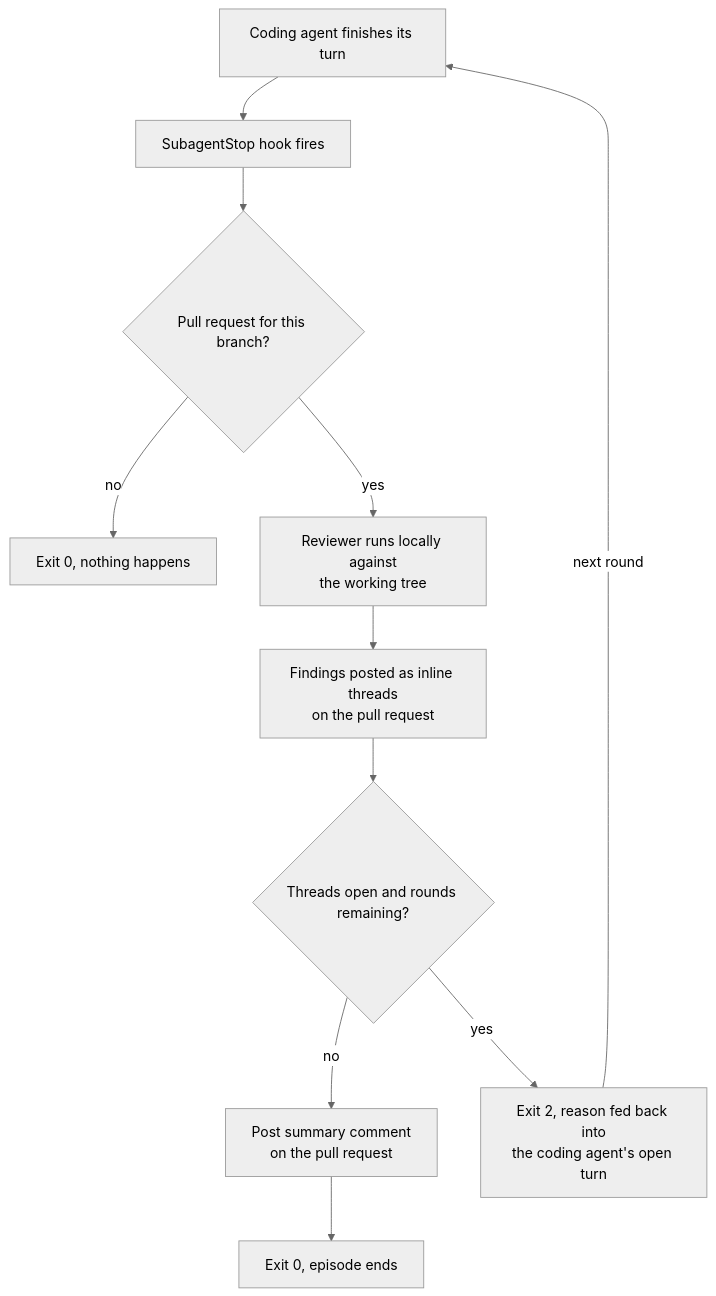
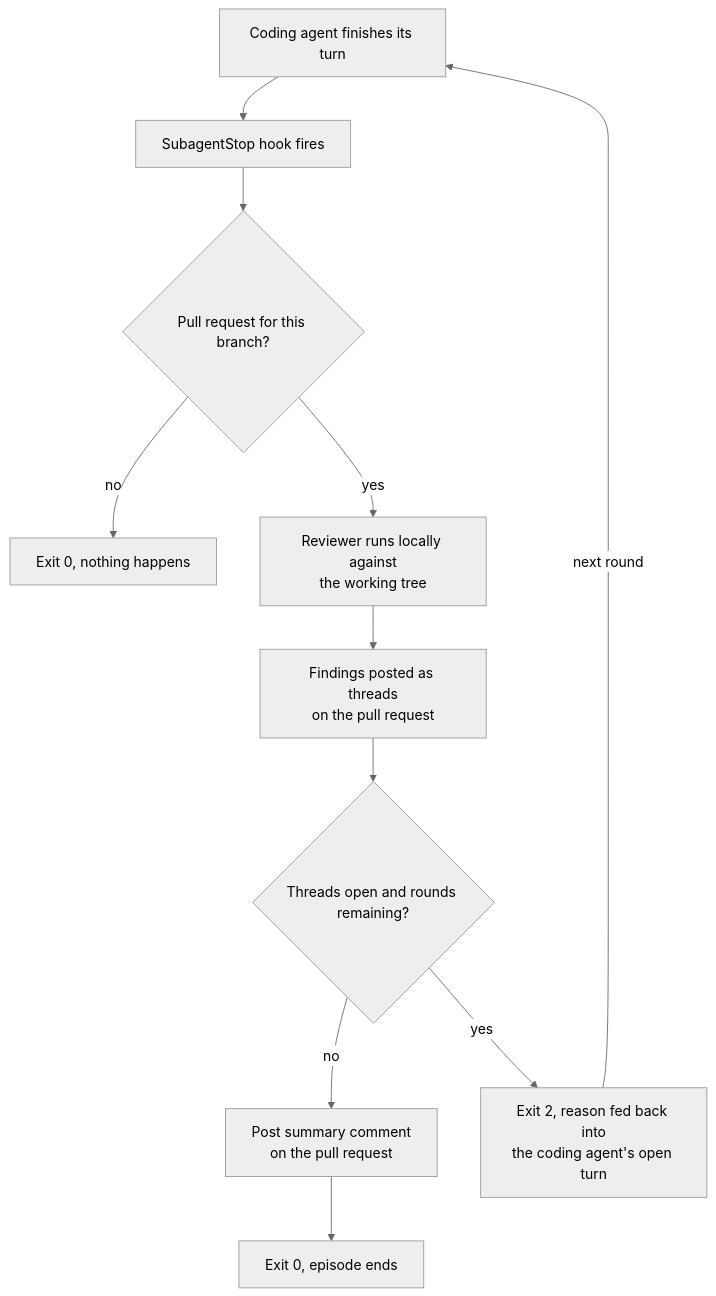
The first of 2 diagrams in docs/specs/review-harness-spec.md (jacygao/squiz), drawn with Mermaid (neutral theme) before and after one commit. The commit also changed other lines of this file, not shown here.

````diff
--- a/docs/specs/review-harness-spec.md
+++ b/docs/specs/review-harness-spec.md
@@ -117,13 +118,13 @@
 ```mermaid
 flowchart TD
     A[Coding agent finishes its turn] --> B[SubagentStop hook fires]
     B --> C{Pull request for this branch?}
     C -->|no| D[Exit 0, nothing happens]
     C -->|yes| E[Reviewer runs locally against<br/>the working tree]
-    E --> F[Findings posted as inline threads<br/>on the pull request]
+    E --> F[Findings posted as threads<br/>on the pull request]
     F --> G{Threads open and rounds remaining?}
     G -->|no| I[Post summary comment<br/>on the pull request]
     I --> J[Exit 0, episode ends]
     G -->|yes| H[Exit 2, reason fed back into<br/>the coding agent's open turn]
     H -->|next round| A
 ```
````
